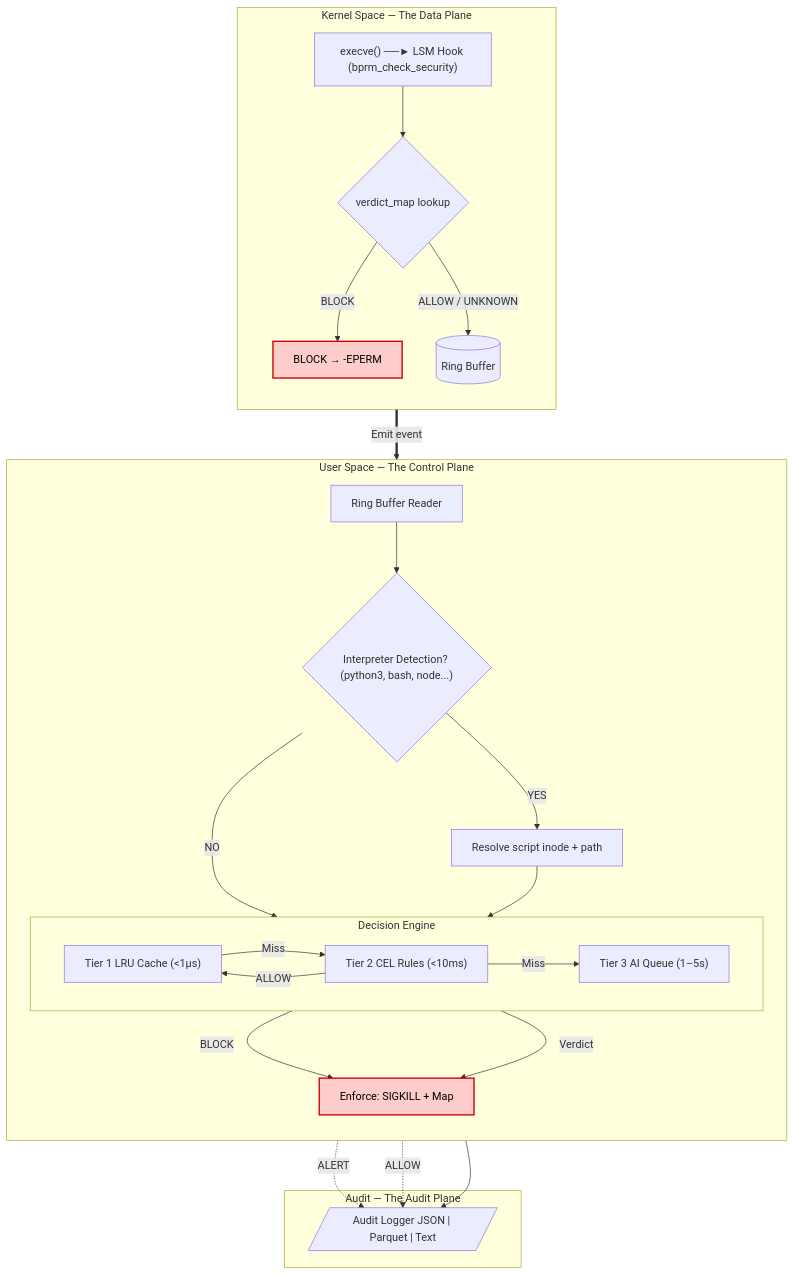
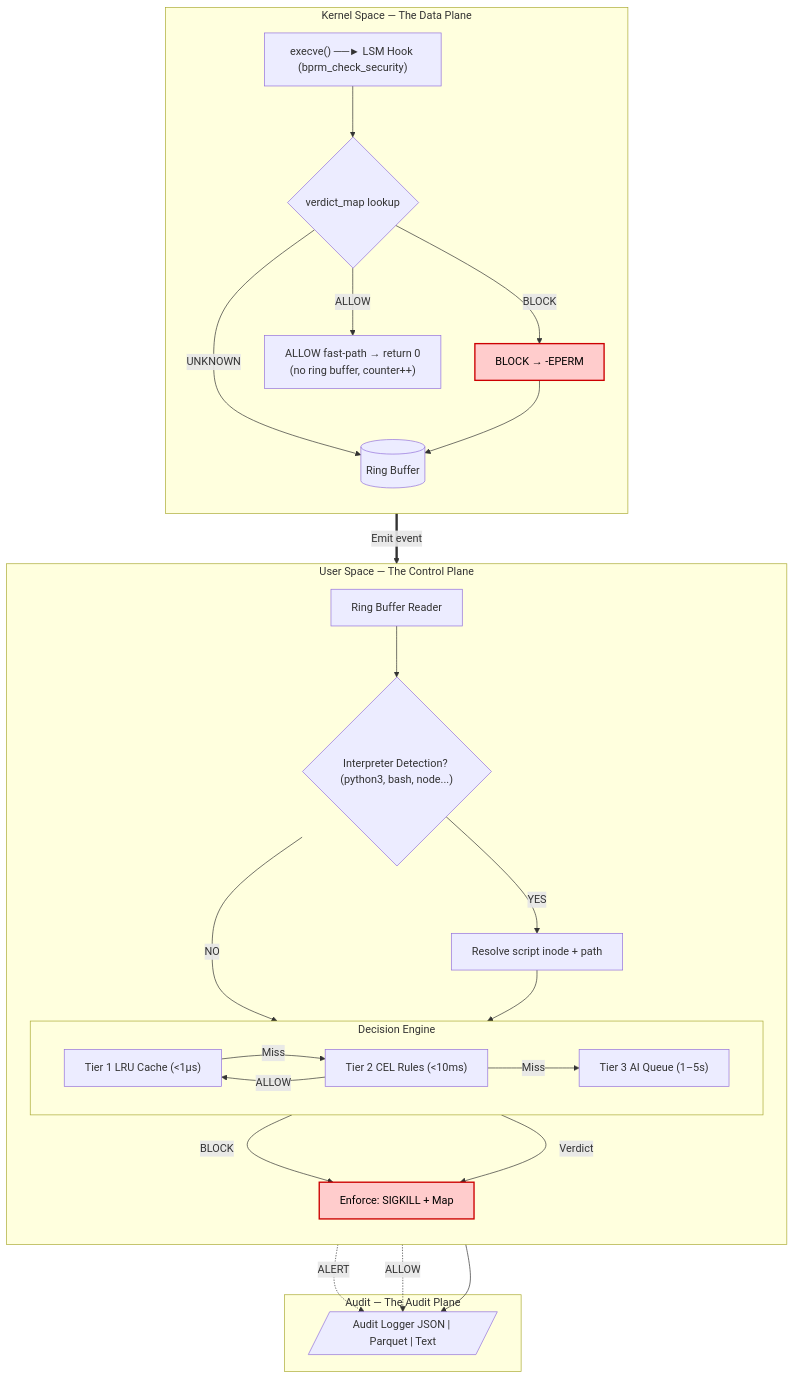
One commit to CrlsMrls/zask changed the diagram in docs/03-architecture/architecture.md. Above: the diagram before and after it, drawn with Mermaid. The commit also changed other lines of this file and 7 other files, not shown here.

Commit message:
feat: promote ALLOW veredicts to kernel fast-path

````diff
--- a/docs/03-architecture/architecture.md
+++ b/docs/03-architecture/architecture.md
@@ -10,60 +10,63 @@
 ```mermaid
 flowchart TD
 %% Kernel Space Subgraph
 subgraph Kernel["Kernel Space — The Data Plane"]
 
 direction TB
 hook["execve() ──► LSM Hook (bprm_check_security)"]
 vmap{"verdict_map lookup"}
 block_kern["BLOCK → -EPERM"]
+allow_fast["ALLOW fast-path → return 0\n(no ring buffer, counter++)"]
 ringbuf[("Ring Buffer")]
 
 hook --> vmap
 vmap -- "BLOCK" --> block_kern
-vmap -- "ALLOW / UNKNOWN" --> ringbuf
+vmap -- "ALLOW" --> allow_fast
+vmap -- "UNKNOWN" --> ringbuf
+block_kern --> ringbuf
 end
 
 %% Cross-boundary connection
 ringbuf ==>|"Emit event"| reader
 
 %% User Space Subgraph
 subgraph User["User Space — The Control Plane"]
 direction TB
 reader["Ring Buffer Reader"]
 detect{"Interpreter Detection? (python3, bash, node...)"}
 resolve["Resolve script inode + path"]
 
 subgraph Tiers["Decision Engine"]
 direction LR
 T1["Tier 1 LRU Cache (<1μs)"]
 T2["Tier 2 CEL Rules (<10ms)"]
 T3["Tier 3 AI Queue (1–5s)"]
 T1 -->|"Miss"| T2
 T2 -->|"Miss"| T3
 end
 
 enforce["Enforce: SIGKILL + Map"]
 
 reader --> detect
 detect -- "YES" --> resolve
 detect -- "NO" --> T1
 resolve --> T1
 
 T2 -- "BLOCK" --> enforce
 T2 -- "ALLOW" --> T1
 T3 -- "Verdict" --> enforce
 end
 
 %% Audit Plane Subgraph
 subgraph Audit["Audit — The Audit Plane"]
 audit[/"Audit Logger JSON | Parquet | Text"/]
 end
 
 T2 -. "ALERT" .-> audit
 T2 -. "ALLOW" .-> audit
 enforce --> audit
 
 %% Apply basic styling
 classDef alert fill:#ffcccc,stroke:#cc0000,stroke-width:2px,color:#000;
 class block_kern,enforce alert;
 ```
````
